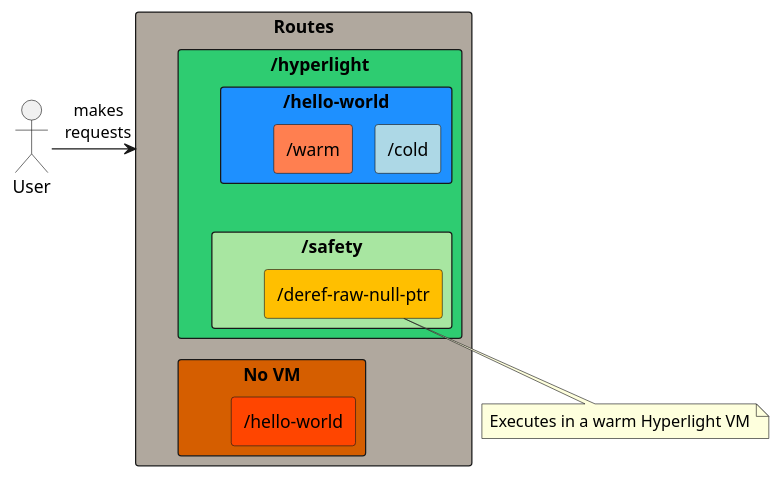
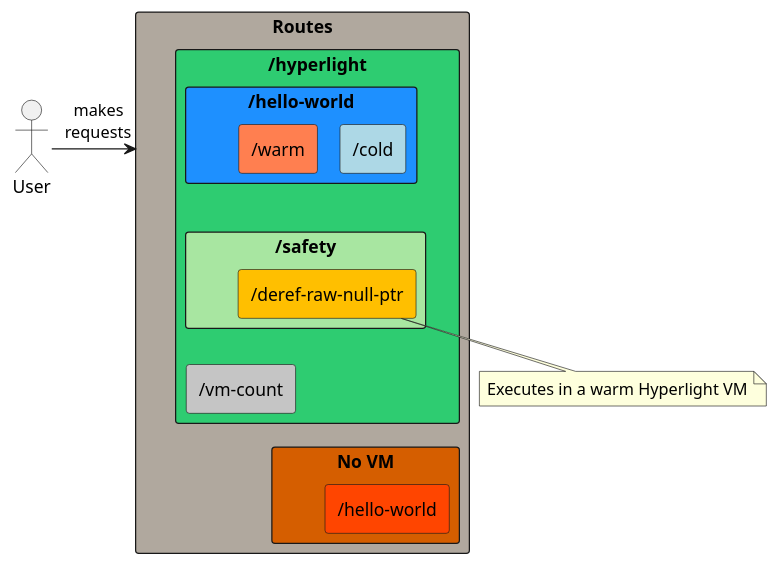
One commit to squillace/hyperlight-kubeconNA2024-demo changed the diagram in puml/demo-main.puml. Above: the diagram before and after it, drawn with PlantUML. The commit also changed 6 other files, not shown here.

```diff
--- a/puml/demo-main.puml
+++ b/puml/demo-main.puml
@@ -1,46 +1,51 @@
 @startuml
 !pragma layout smetana
 hide stereotypes
 
 skinparam rectangle {
     BackgroundColor<<Routes>> #B0A89E
 
     BackgroundColor<<NoVM>> #D55E00
     BackgroundColor<<NoVMHW>> #FF4500
 
     BackgroundColor<<HL>> #2ECC71
 
     BackgroundColor<<HLHW>> #1E90FF
     BackgroundColor<<HLHWCold>> #ADD8E6
     BackgroundColor<<HLHWWarm>> #FF7F50
 
     BackgroundColor<<HLSafety>> #A8E6A1
     BackgroundColor<<HLSafetyDRNP>> #FFBF00
+
+    BackgroundColor<<HLMisc>> #C5C5C5
 }
 
 actor User
 
 rectangle Routes <<Routes>> as routes {
     rectangle "No VM" <<NoVM>> as no_vm {
         rectangle "/hello-world" <<NoVMHW>> as no_vm_hw
     }
 
     rectangle "/hyperlight" <<HL>> as hl {
         rectangle "/hello-world" <<HLHW>> as hl_hw {
             rectangle "/cold" <<HLHWCold>> as hl_hw_cold
             rectangle "/warm" <<HLHWWarm>> as hl_hw_warm
         }
 
         rectangle "/safety" <<HLSafety>> as hl_safety {
             rectangle "/deref-raw-null-ptr" <<HLSafetyDRNP>> as hl_safety_drnp
         }
+
+        rectangle "/vm-count" <<HLMisc>> as hl_vm_count
     }
 }
 
 note bottom of hl_safety_drnp: Executes in a warm Hyperlight VM
 
 User -r-> routes: "makes\nrequests\t"
 hl_hw -d[hidden]-> hl_safety
-hl -d[hidden]--> no_vm
+hl_safety -d[hidden]-> hl_vm_count
+hl -d[hidden]---> no_vm
 
 @enduml
```
